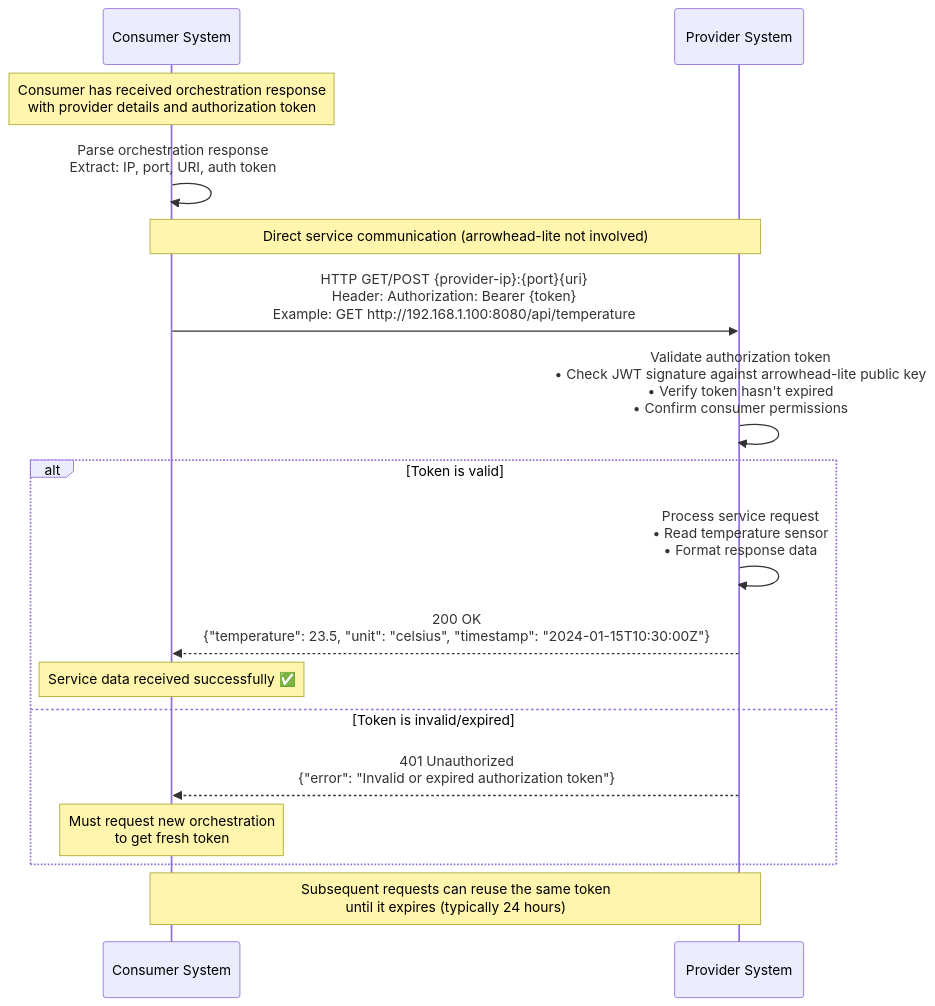
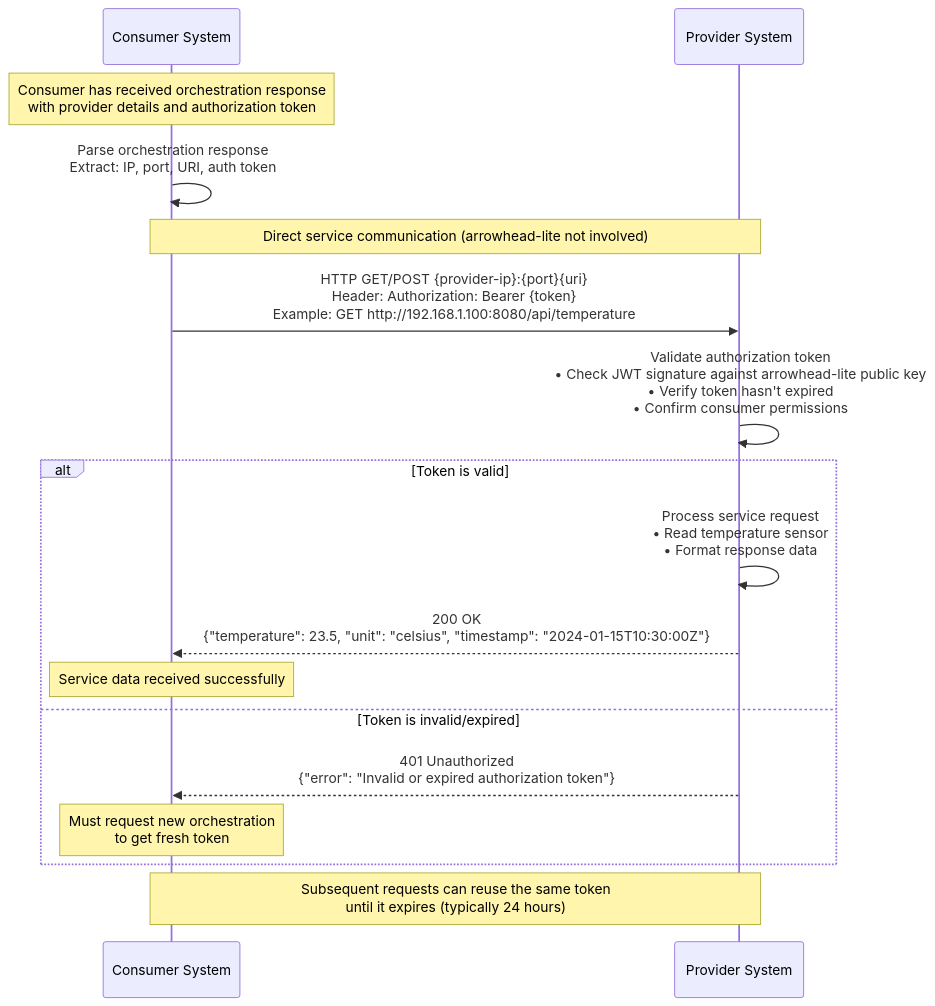
The diagram in docs/diagrams/4-service-consumption.md (cluster1-arrowcolony/arrowhead-lite), drawn with Mermaid before and after one commit. The commit also changed other lines of this file and 18 other files, not shown here.

````diff
--- a/docs/diagrams/4-service-consumption.md
+++ b/docs/diagrams/4-service-consumption.md
@@ -5,29 +5,29 @@
 ```mermaid
 sequenceDiagram
     participant Consumer as Consumer System
     participant Provider as Provider System
-    
+
     Note over Consumer: Consumer has received orchestration response<br/>with provider details and authorization token
-    
+
     Consumer->>Consumer: Parse orchestration response<br/>Extract: IP, port, URI, auth token
-    
+
     Note over Consumer, Provider: Direct service communication (arrowhead-lite not involved)
-    
+
     Consumer->>Provider: HTTP GET/POST {provider-ip}:{port}{uri}<br/>Header: Authorization: Bearer {token}<br/>Example: GET http://192.168.1.100:8080/api/temperature
-    
+
     Provider->>Provider: Validate authorization token<br/>• Check JWT signature against arrowhead-lite public key<br/>• Verify token hasn't expired<br/>• Confirm consumer permissions
-    
+
     alt Token is valid
         Provider->>Provider: Process service request<br/>• Read temperature sensor<br/>• Format response data
         Provider-->>Consumer: 200 OK<br/>{"temperature": 23.5, "unit": "celsius", "timestamp": "2024-01-15T10:30:00Z"}
-        
-        Note over Consumer: Service data received successfully ✅
-        
+
+        Note over Consumer: Service data received successfully
+
     else Token is invalid/expired
         Provider-->>Consumer: 401 Unauthorized<br/>{"error": "Invalid or expired authorization token"}
-        
+
         Note over Consumer: Must request new orchestration<br/>to get fresh token
     end
-    
+
     Note over Consumer, Provider: Subsequent requests can reuse the same token<br/>until it expires (typically 24 hours)
 ```
````
